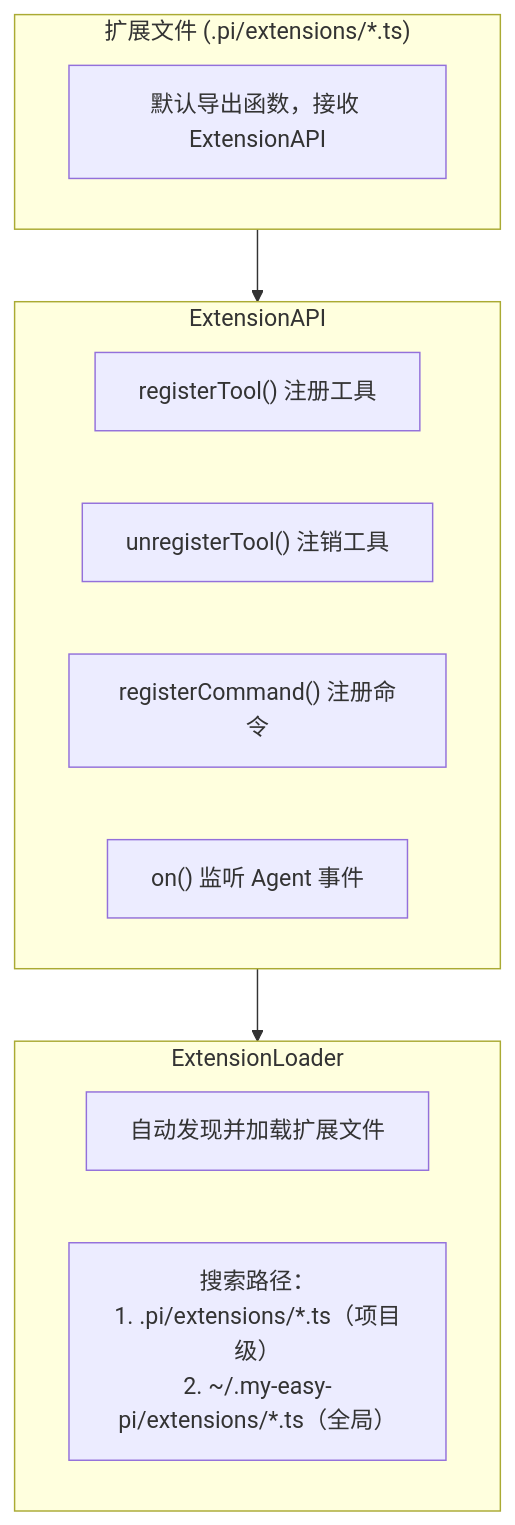
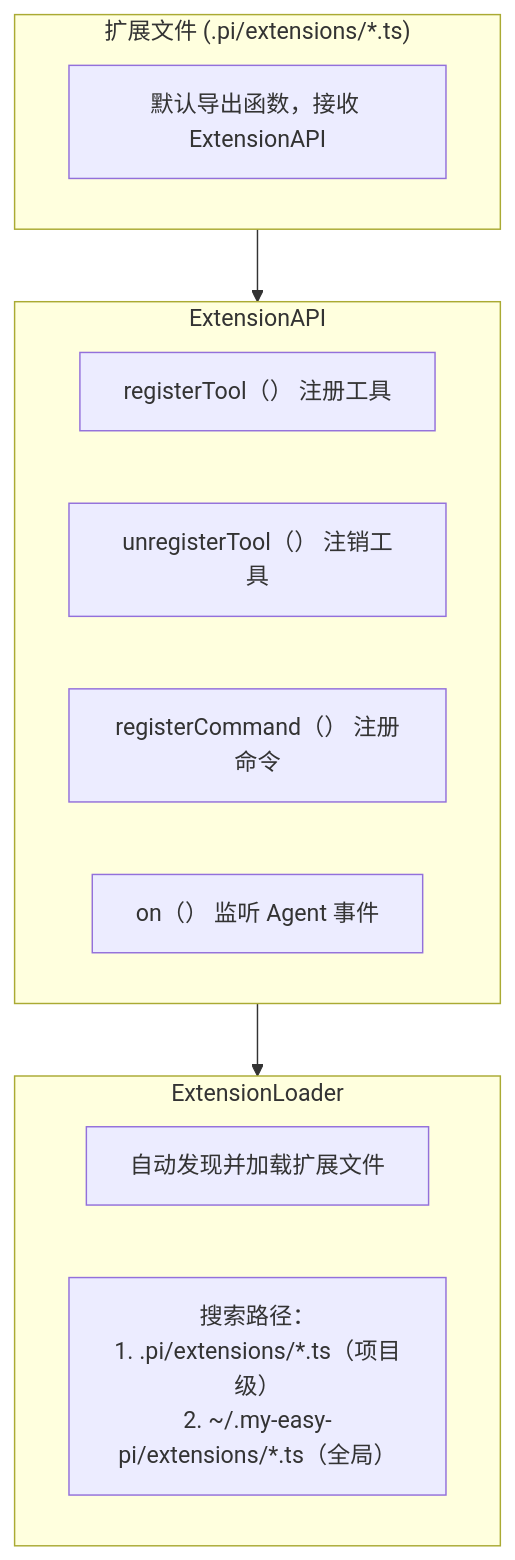
The diagram in docs/10-advanced-topics/03-creating-extension.md (KNeegcyao/my-easy-pi), drawn with Mermaid before and after one commit. The commit also changed 25 other files, not shown here.

First line of the commit message:
fix: 修复 Mermaid 图表语法错误

````diff
--- a/docs/10-advanced-topics/03-creating-extension.md
+++ b/docs/10-advanced-topics/03-creating-extension.md
@@ -23,21 +23,21 @@
 ```mermaid
 graph TB
     subgraph 扩展文件["扩展文件 (.pi/extensions/*.ts)"]
         E1["默认导出函数，接收 ExtensionAPI"]
     end
 
     subgraph ExtensionAPI["ExtensionAPI"]
-        A1["registerTool() 注册工具"]
-        A2["unregisterTool() 注销工具"]
-        A3["registerCommand() 注册命令"]
-        A4["on() 监听 Agent 事件"]
+        A1["registerTool（） 注册工具"]
+        A2["unregisterTool（） 注销工具"]
+        A3["registerCommand（） 注册命令"]
+        A4["on（） 监听 Agent 事件"]
     end
 
     subgraph ExtensionLoader["ExtensionLoader"]
         L1["自动发现并加载扩展文件"]
         L2["搜索路径：<br/>1. .pi/extensions/*.ts（项目级）<br/>2. ~/.my-easy-pi/extensions/*.ts（全局）"]
     end
 
     扩展文件 --> ExtensionAPI
     ExtensionAPI --> ExtensionLoader
 ```
````
